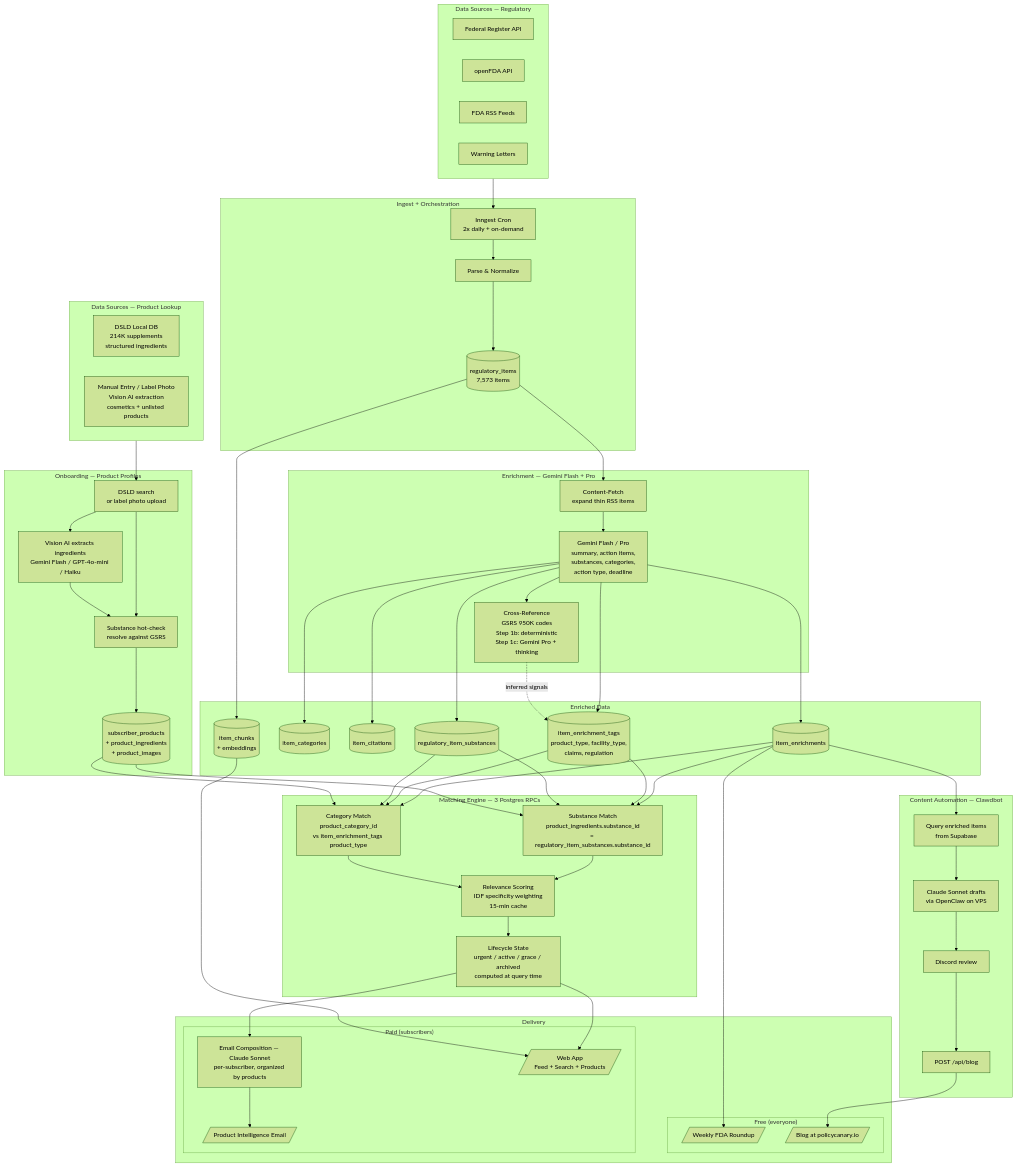
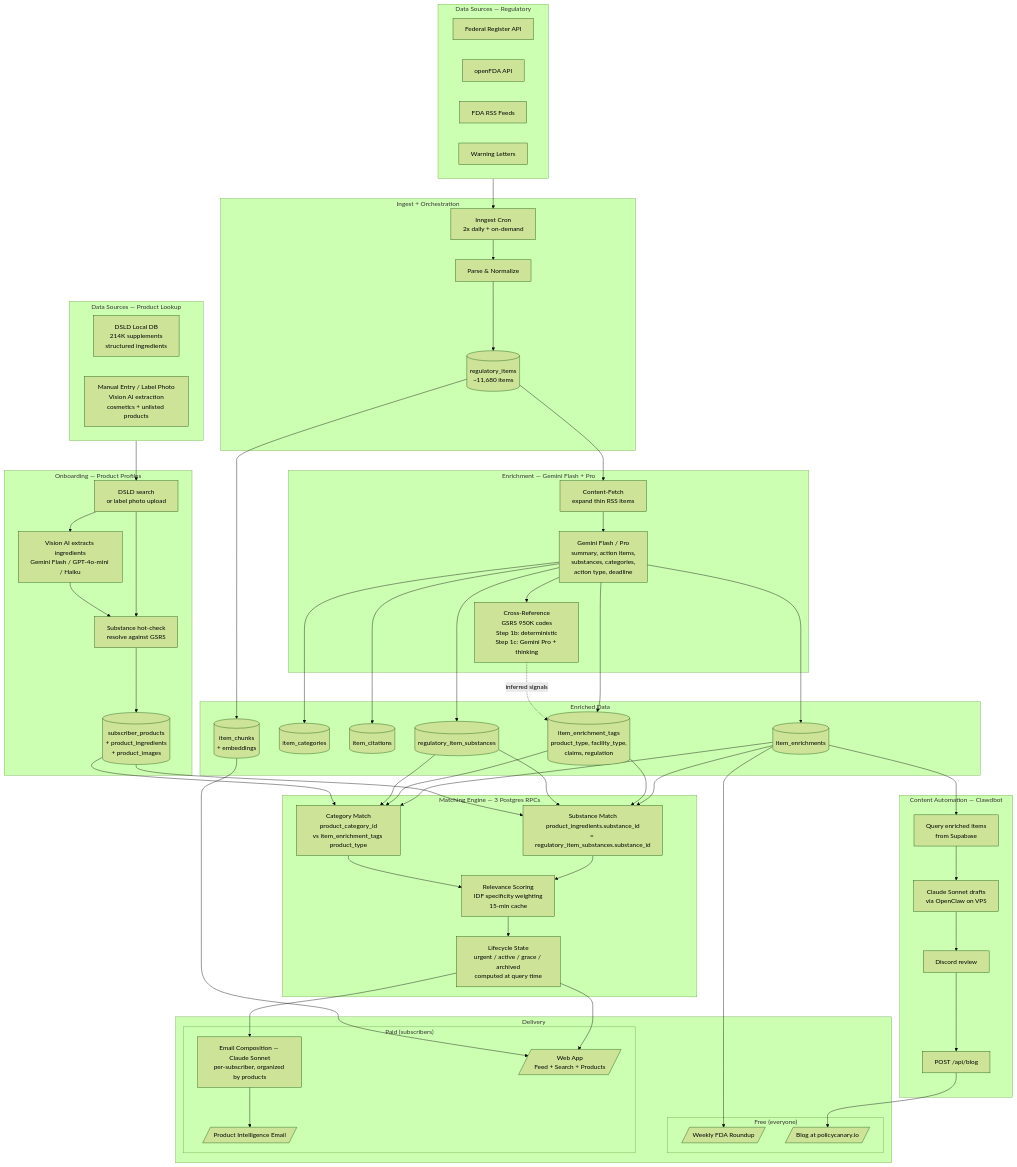
The first of 4 diagrams in memory-bank/architecture/llm-data-flow.md (Gr0x01/policycanary), drawn with Mermaid (forest theme) before and after one commit. The commit also changed 6 other files, not shown here.

```diff
--- a/memory-bank/architecture/llm-data-flow.md
+++ b/memory-bank/architecture/llm-data-flow.md
@@ -31,7 +31,7 @@
     subgraph PIPELINE["Ingest + Orchestration"]
         INNGEST[Inngest Cron<br/>2x daily + on-demand]
         PARSE[Parse & Normalize]
-        RAW[(regulatory_items<br/>7,573 items)]
+        RAW[(regulatory_items<br/>~11,680 items)]
     end
 
     subgraph ENRICH["Enrichment — Gemini Flash + Pro"]
```
